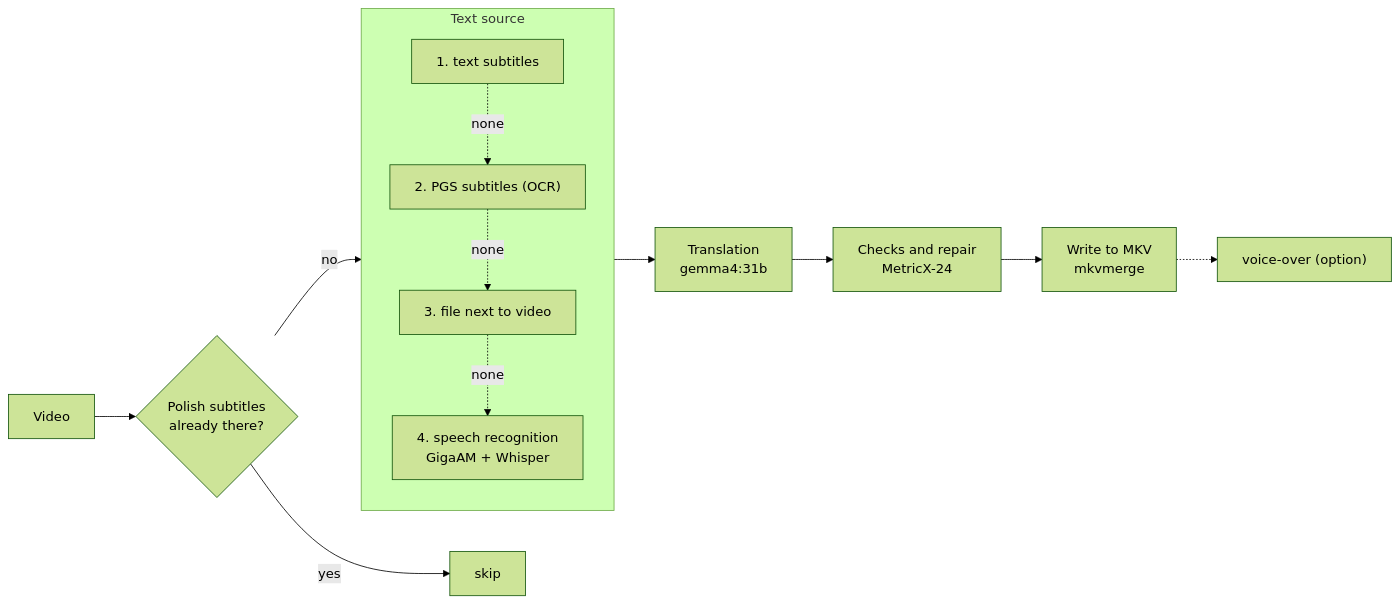
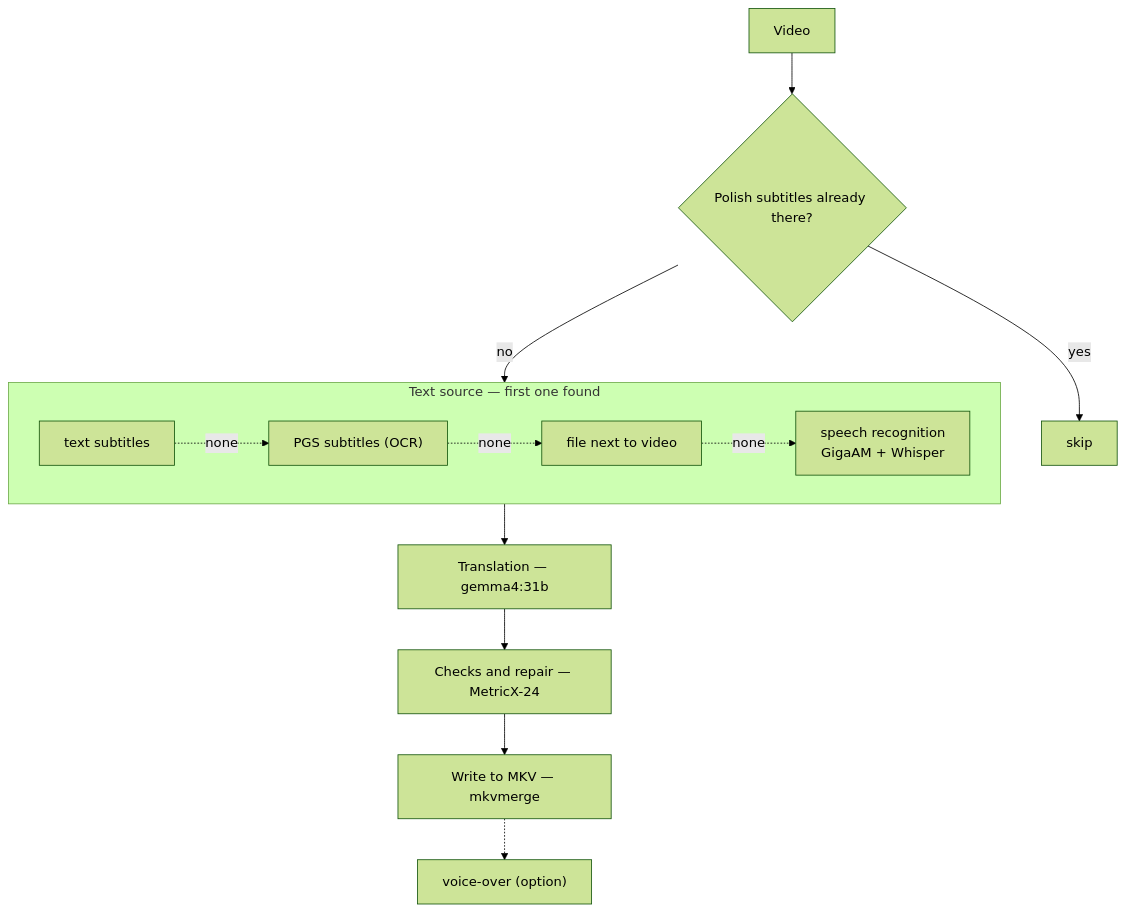
One commit to gregmol123/mkv-translator changed the diagram in README.en.md. Above: the diagram before and after it, drawn with Mermaid (forest theme). The commit also changed 1 other file, not shown here.

Commit message:
README: schemat pionowy, źródła tekstu w jednym rzędzie

````diff
--- a/README.en.md
+++ b/README.en.md
@@ -20,16 +20,14 @@
 ```mermaid
-flowchart LR
-    A["Video"] --> B{"Polish subtitles<br/>already there?"}
+flowchart TD
+    A["Video"] --> B{"Polish subtitles already there?"}
     B -- yes --> Z["skip"]
-    B -- no --> S1
-    subgraph S["Text source"]
-        direction TB
-        S1["1. text subtitles"] -. none .-> S2["2. PGS subtitles (OCR)"]
-        S2 -. none .-> S3["3. file next to video"]
-        S3 -. none .-> S4["4. speech recognition<br/>GigaAM + Whisper"]
+    B -- no --> S
+    subgraph S["Text source — first one found"]
+        direction LR
+        S1["text subtitles"] -. none .-> S2["PGS subtitles (OCR)"] -. none .-> S3["file next to video"] -. none .-> S4["speech recognition<br/>GigaAM + Whisper"]
     end
-    S --> T["Translation<br/>gemma4:31b"]
-    T --> Q["Checks and repair<br/>MetricX-24"]
-    Q --> M["Write to MKV<br/>mkvmerge"]
+    S --> T["Translation — gemma4:31b"]
+    T --> Q["Checks and repair — MetricX-24"]
+    Q --> M["Write to MKV — mkvmerge"]
     M -.-> L["voice-over (option)"]
 ```
````
